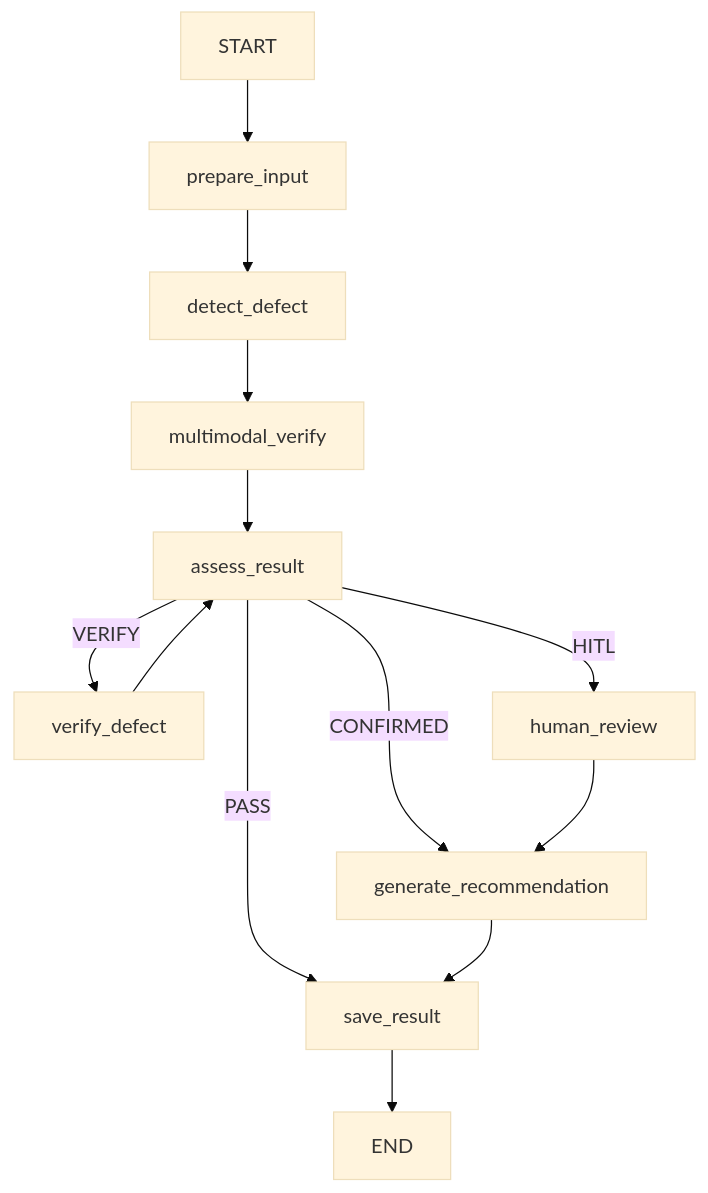
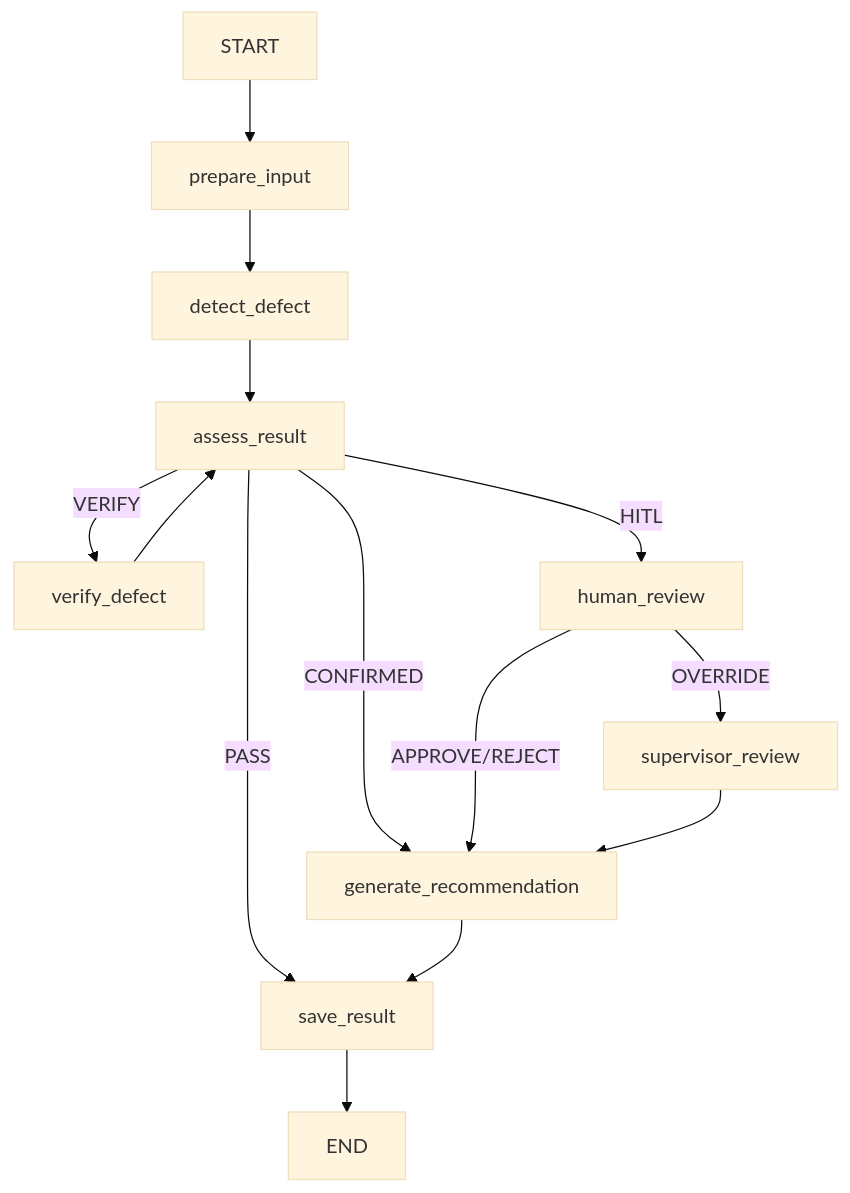
Before and after one commit to Dang2k5/surface_car: the diagram in AGENT_FLOW.md, drawn with Mermaid (base theme). The commit also changed other lines of this file and 160 other files, not shown here.

````diff
--- a/AGENT_FLOW.md
+++ b/AGENT_FLOW.md
@@ -8,15 +9,16 @@
 ```mermaid
 flowchart TD
     START --> prepare_input
     prepare_input --> detect_defect
-    detect_defect --> multimodal_verify
-    multimodal_verify --> assess_result
+    detect_defect --> assess_result
     assess_result -->|PASS| save_result
     assess_result -->|CONFIRMED| generate_recommendation
     assess_result -->|VERIFY| verify_defect
     assess_result -->|HITL| human_review
     verify_defect --> assess_result
-    human_review --> generate_recommendation
+    human_review -->|APPROVE/REJECT| generate_recommendation
+    human_review -->|OVERRIDE| supervisor_review
+    supervisor_review --> generate_recommendation
     generate_recommendation --> save_result
     save_result --> END
 ```
````
